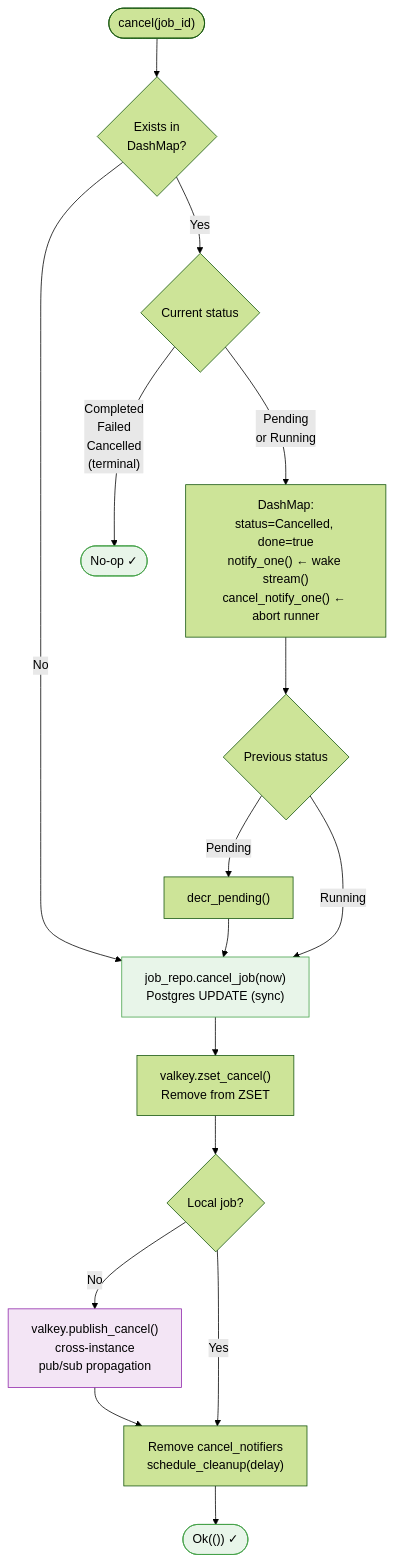
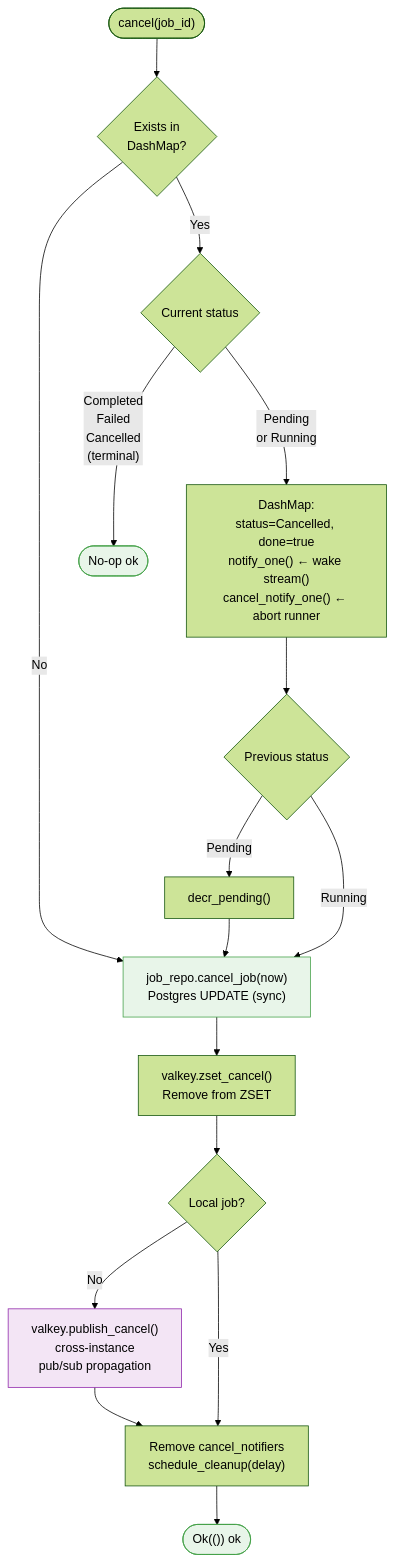
Before and after one commit to beegy-labs/veronex: the second of 4 diagrams in docs/llm/flows/job-event-pipeline-steps.md, drawn with Mermaid (forest theme). The commit also changed other lines of this file and 18 other files, not shown here.

````diff
--- a/docs/llm/flows/job-event-pipeline-steps.md
+++ b/docs/llm/flows/job-event-pipeline-steps.md
@@ -45,31 +45,31 @@
 ```mermaid
 flowchart TD
     A(["cancel(job_id)"]) --> B{Exists in\nDashMap?}
 
     B -->|No| E
     B -->|Yes| C{Current status}
 
-    C -->|"Completed\nFailed\nCancelled\n(terminal)"| Z(["No-op ✓"])
+    C -->|"Completed\nFailed\nCancelled\n(terminal)"| Z(["No-op ok"])
 
     C -->|"Pending\nor Running"| D["DashMap:\nstatus=Cancelled, done=true\nnotify_one() ← wake stream()\ncancel_notify_one() ← abort runner"]
 
     D --> D2{Previous status}
     D2 -->|Pending| D3["decr_pending()"]
     D2 -->|Running| E
 
     D3 --> E["job_repo.cancel_job(now)\nPostgres UPDATE (sync)"]
 
     E --> F["valkey.zset_cancel()\nRemove from ZSET"]
 
     F --> G{Local job?}
     G -->|No| H["valkey.publish_cancel()\ncross-instance\npub/sub propagation"]
     G -->|Yes| I
 
     H --> I["Remove cancel_notifiers\nschedule_cleanup(delay)"]
-    I --> Z2(["Ok(()) ✓"])
+    I --> Z2(["Ok(()) ok"])
 
     style E fill:#e8f5e9,stroke:#43a047
     style H fill:#f3e5f5,stroke:#8e24aa
     style Z fill:#e8f5e9,stroke:#43a047
     style Z2 fill:#e8f5e9,stroke:#43a047
 ```
````
